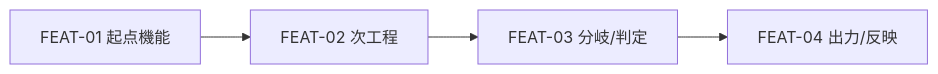
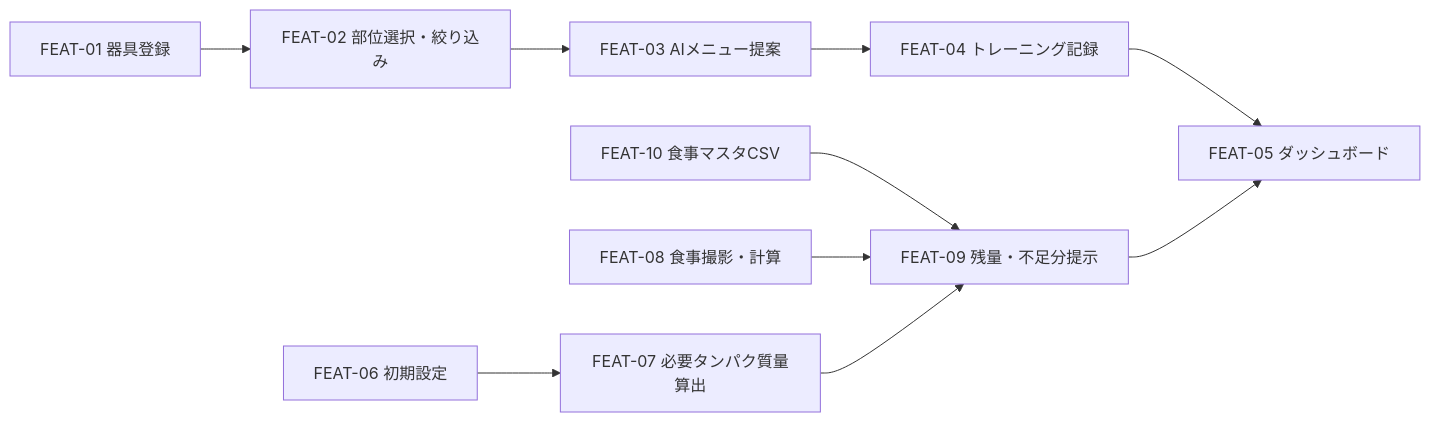
One commit to k-okada51/okada-fit changed the diagram in docs/01_要件定義/02_機能要件/00_機能要件インデックス.md. Above: the diagram before and after it, drawn with Mermaid. The commit also changed other lines of this file and 16 other files, not shown here.

````diff
--- a/docs/01_要件定義/02_機能要件/00_機能要件インデックス.md
+++ b/docs/01_要件定義/02_機能要件/00_機能要件インデックス.md
@@ -35,7 +48,14 @@
 ```mermaid
 flowchart LR
-  %% ここに機能間依存（FEAT→FEAT）を記載
-  F1[FEAT-01 起点機能] --> F2[FEAT-02 次工程]
-  F2 --> F3[FEAT-03 分岐/判定]
-  F3 --> F4[FEAT-04 出力/反映]
+  %% トレーニング系
+  F01[FEAT-01 器具登録] --> F02[FEAT-02 部位選択・絞り込み]
+  F02 --> F03[FEAT-03 AIメニュー提案]
+  F03 --> F04[FEAT-04 トレーニング記録]
+  F04 --> F05[FEAT-05 ダッシュボード]
+  %% 栄養系
+  F06[FEAT-06 初期設定] --> F07[FEAT-07 必要タンパク質量算出]
+  F10[FEAT-10 食事マスタCSV] --> F09[FEAT-09 残量・不足分提示]
+  F08[FEAT-08 食事撮影・計算] --> F09
+  F07 --> F09
+  F09 --> F05
 ```
````
